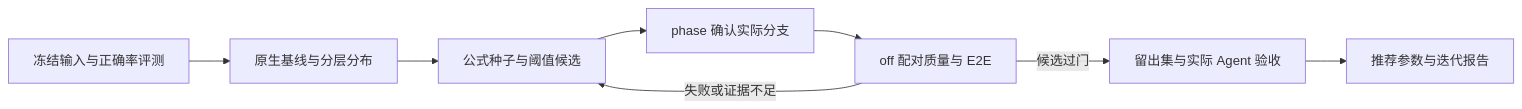
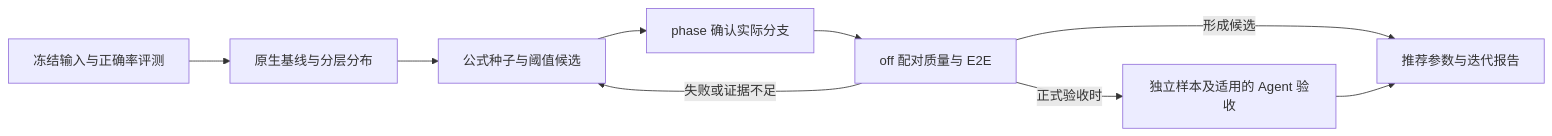
The diagram in docs/maintenance/compression_calibration.md (F00L42/TB), drawn with Mermaid before and after one commit. The commit also changed other lines of this file and 4 other files, not shown here.

````diff
--- a/docs/maintenance/compression_calibration.md
+++ b/docs/maintenance/compression_calibration.md
@@ -19,10 +21,11 @@
 ```mermaid
 flowchart LR
     A[冻结输入与正确率评测] --> B[原生基线与分层分布]
     B --> C[公式种子与阈值候选]
     C --> D[phase 确认实际分支]
     D --> E[off 配对质量与 E2E]
     E -->|失败或证据不足| C
-    E -->|候选过门| F[留出集与实际 Agent 验收]
+    E -->|形成候选| G[推荐参数与迭代报告]
+    E -->|正式验收时| F[独立样本及适用的 Agent 验收]
     F --> G[推荐参数与迭代报告]
 ```
````
